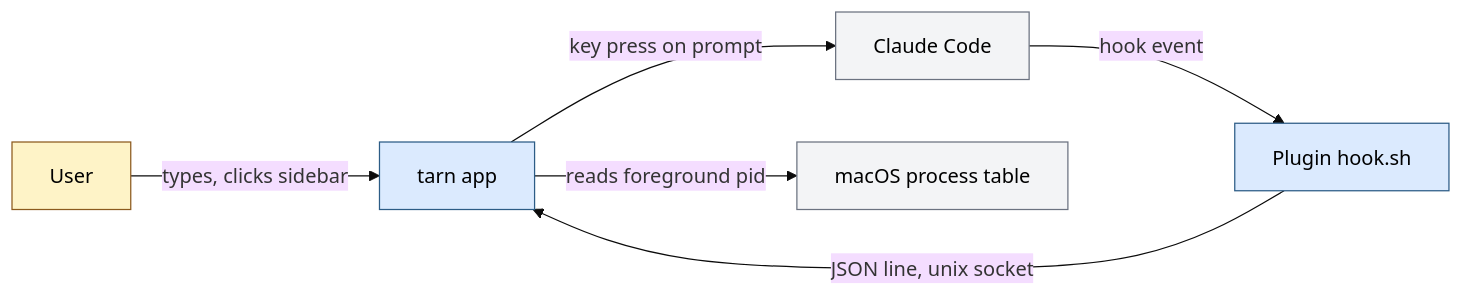
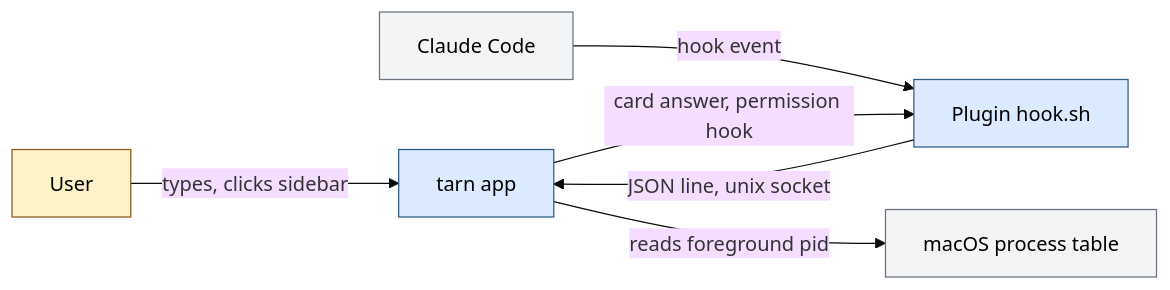
One commit to daniil4545/tarn changed the first of 4 diagrams in docs/architecture.md. Above: the diagram before and after it, drawn with Mermaid (base theme). The commit also changed other lines of this file and 13 other files, not shown here.

First line of the commit message:
feat: answer permission requests through the waiting hook

````diff
--- a/docs/architecture.md
+++ b/docs/architecture.md
@@ -30,14 +30,14 @@
 ```mermaid
 flowchart LR
   user["User"] -->|"types, clicks sidebar"| app["tarn app"]
   cc["Claude Code"] -->|"hook event"| plug["Plugin hook.sh"]
   plug -->|"JSON line, unix socket"| app
-  app -->|"key press on prompt"| cc
+  app -->|"card answer, permission hook"| plug
   app -->|"reads foreground pid"| os["macOS process table"]
   classDef ours fill:#dbeafe,stroke:#2c5c86,color:#000
   classDef external fill:#f3f4f6,stroke:#6b7280,color:#000
   classDef person fill:#fef3c7,stroke:#8c5a1e,color:#000
   class app,plug ours
   class cc,os external
   class user person
 ```
````
